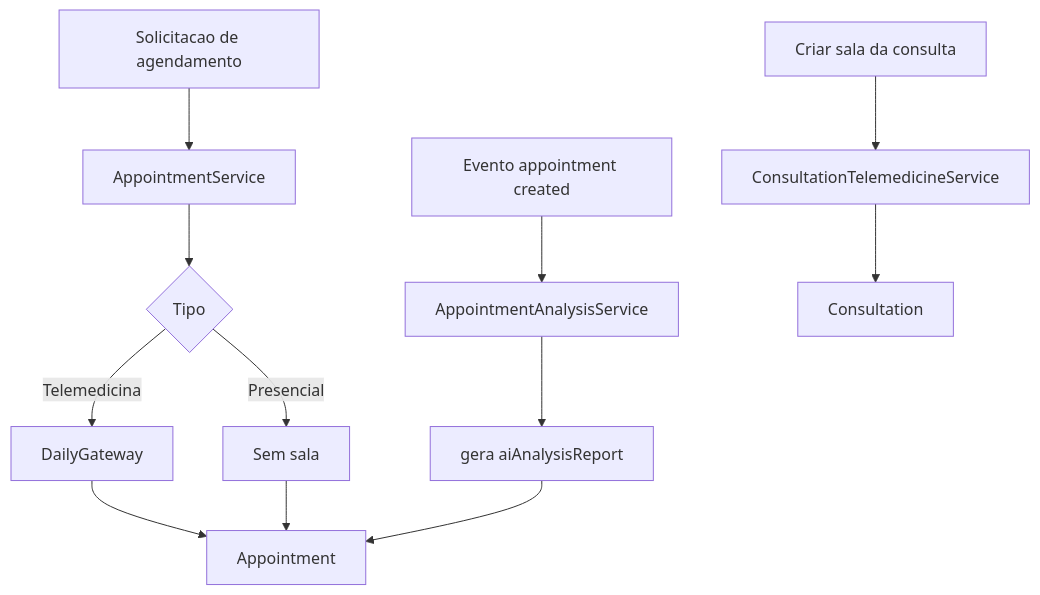
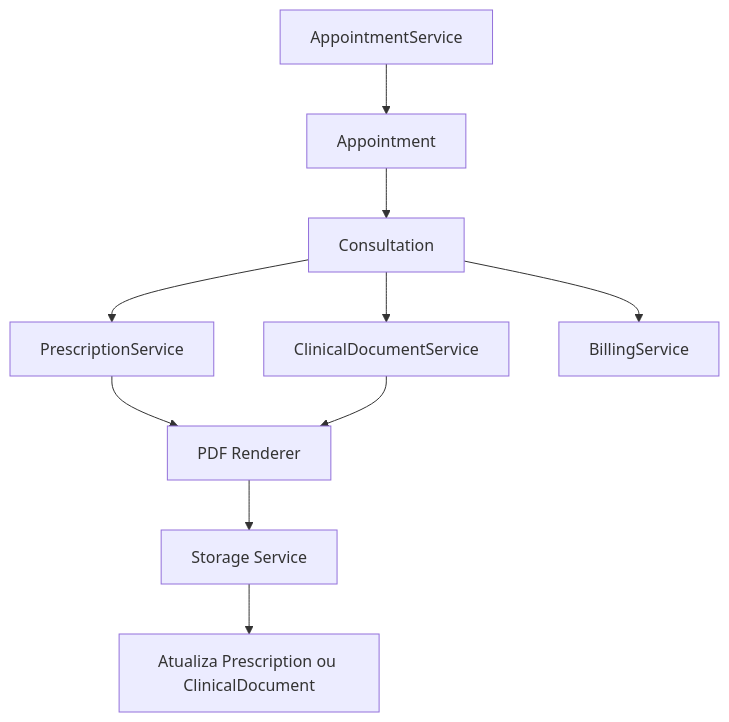
The sixth of 7 diagrams in org.tws.by2/docs/backend-java-fluxo.md (thousandtws-tech/tws-fht-clinca-b2y), drawn with Mermaid before and after one commit. The commit also changed other lines of this file, not shown here.

````diff
--- a/org.tws.by2/docs/backend-java-fluxo.md
+++ b/org.tws.by2/docs/backend-java-fluxo.md
@@ -496,16 +551,12 @@
 ```mermaid
 flowchart TD
-  A[Solicitacao de agendamento] --> B[AppointmentService]
-  B --> C{Tipo}
-  C -->|Telemedicina| D[DailyGateway]
-  C -->|Presencial| E[Sem sala]
-  D --> F[Appointment]
-  E --> F
-
-  G[Evento appointment created] --> H[AppointmentAnalysisService]
-  H --> I[gera aiAnalysisReport]
-  I --> F
-
-  J[Criar sala da consulta] --> K[ConsultationTelemedicineService]
-  K --> L[Consultation]
+  A[AppointmentService] --> B[Appointment]
+  B --> C[Consultation]
+  C --> D[PrescriptionService]
+  C --> E[ClinicalDocumentService]
+  C --> F[BillingService]
+  D --> G[PDF Renderer]
+  E --> G
+  G --> H[Storage Service]
+  H --> I[Atualiza Prescription ou ClinicalDocument]
 ```
````
